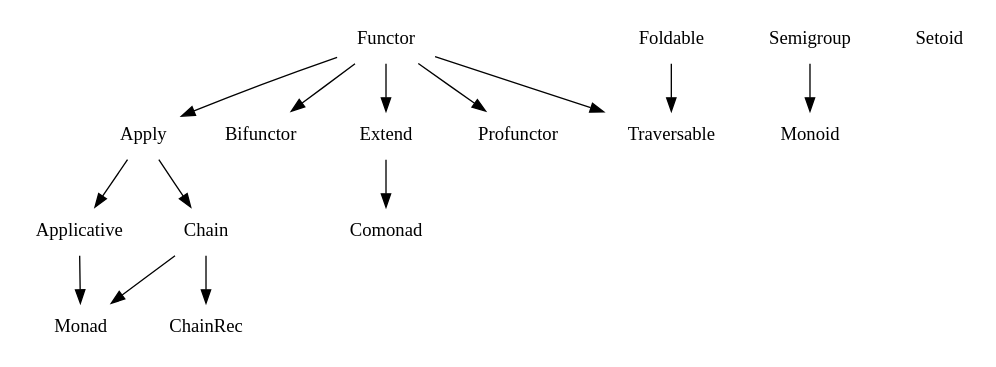
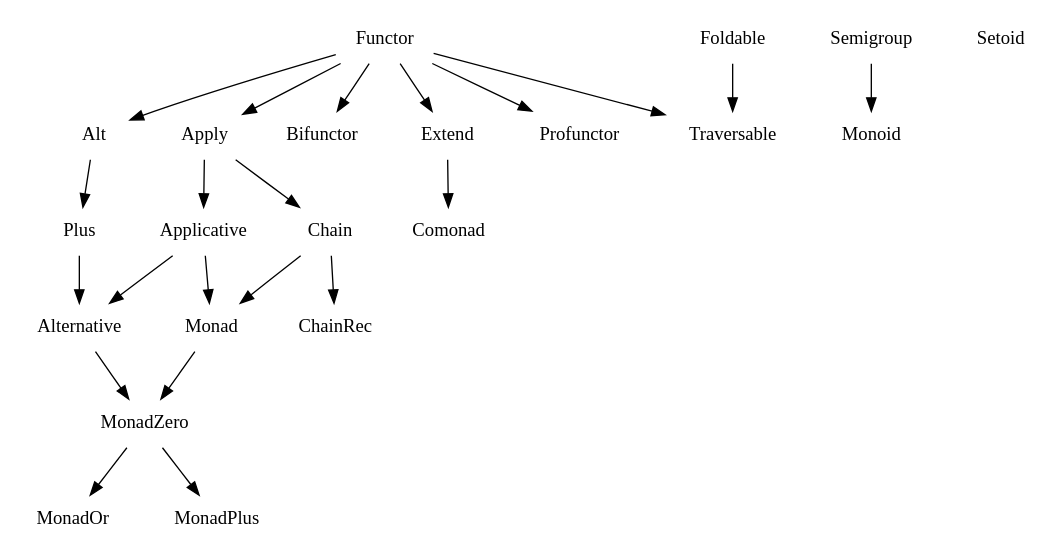
Before and after one commit to fantasyland/fantasy-land: the diagram in figures/dependencies.dot, drawn with Graphviz. The commit also changed 2 other files, not shown here.

Commit message:
add Alternative typeclasses in readme and graph

```diff
--- a/figures/dependencies.dot
+++ b/figures/dependencies.dot
@@ -1,35 +1,49 @@
 digraph {
   node [shape=plaintext]
 
   # Algebras
+  Alt;
+  Alternative;
   Applicative;
   Apply;
   Bifunctor;
   Chain;
   ChainRec;
   Comonad;
   Extend;
   Foldable;
   Functor;
   Monad;
+  MonadOr;
+  MonadPlus;
+  MonadZero;
   Monoid;
+  Plus;
   Profunctor;
   Semigroup;
   Setoid;
   Traversable;
 
   # Dependencies
+  Alt -> Plus;
+  Applicative -> Alternative;
   Applicative -> Monad;
+  Alternative -> MonadZero;
   Apply -> Applicative;
   Apply -> Chain;
   Chain -> ChainRec;
   Chain -> Monad;
   Extend -> Comonad;
   Foldable -> Traversable;
+  Functor -> Alt;
   Functor -> Apply;
   Functor -> Bifunctor;
   Functor -> Extend;
   Functor -> Profunctor;
   Functor -> Traversable;
+  Monad -> MonadZero;
+  MonadZero -> MonadOr;
+  MonadZero -> MonadPlus;
+  Plus -> Alternative;
   Semigroup -> Monoid;
 }
```
